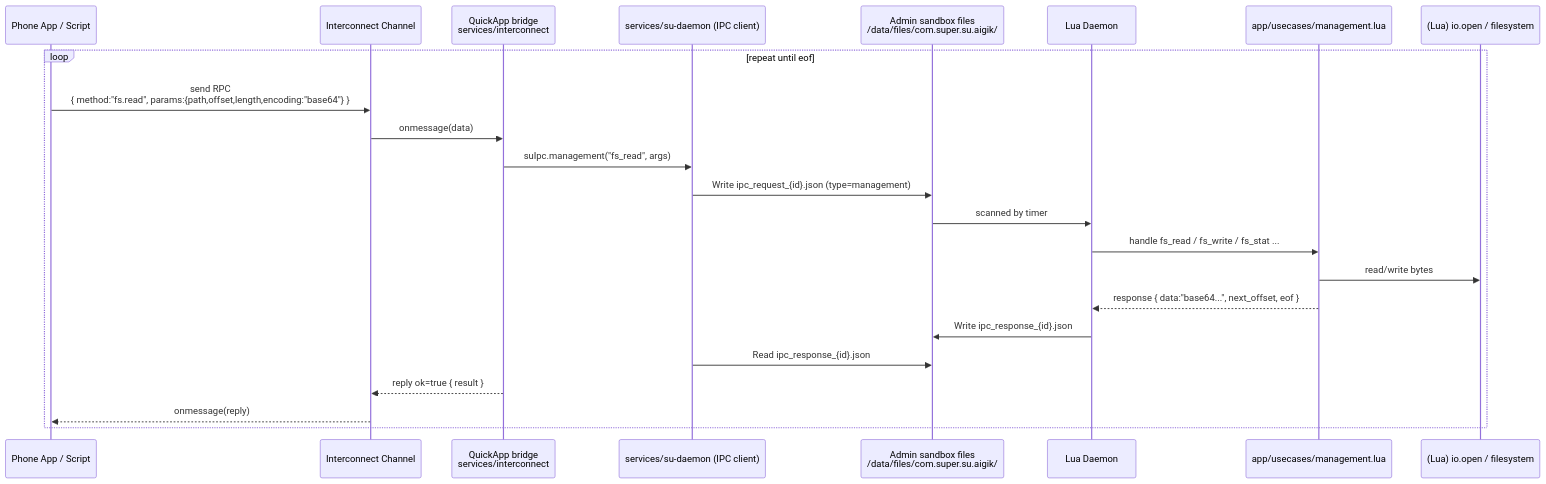
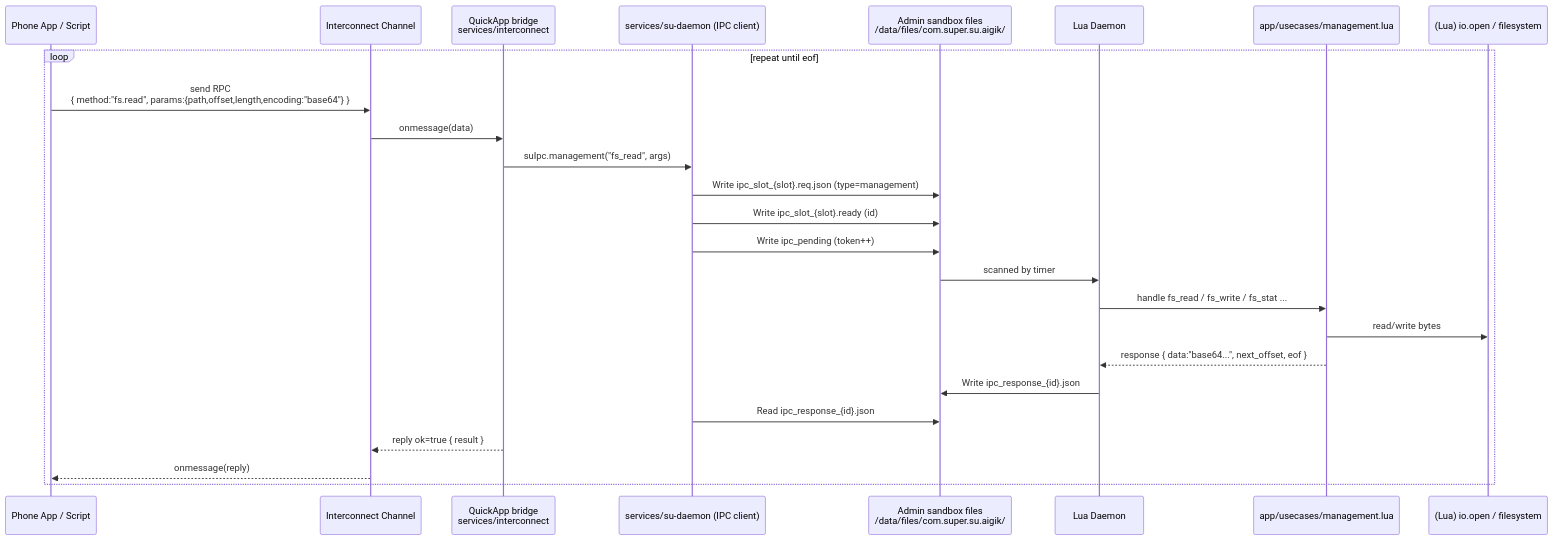
The third of 5 diagrams in README.md (FangAiden/Vela-Shell-Bridge), drawn with Mermaid before and after one commit. The commit also changed other lines of this file and 7 other files, not shown here.

````diff
--- a/README.md
+++ b/README.md
@@ -483,26 +487,28 @@
 ```mermaid
 sequenceDiagram
   participant Phone as Phone App / Script
   participant IC as Interconnect Channel
   participant Bridge as QuickApp bridge<br/>services/interconnect
   participant SU as services/su-daemon (IPC client)
   participant Files as Admin sandbox files<br/>/data/files/com.super.su.aigik/
   participant Lua as Lua Daemon
   participant MgmtUC as app/usecases/management.lua
   participant FS as (Lua) io.open / filesystem
 
   loop repeat until eof
     Phone->>IC: send RPC<br/>{ method:"fs.read", params:{path,offset,length,encoding:"base64"} }
     IC->>Bridge: onmessage(data)
     Bridge->>SU: suIpc.management("fs_read", args)
-    SU->>Files: Write ipc_request_{id}.json (type=management)
+    SU->>Files: Write ipc_slot_{slot}.req.json (type=management)
+    SU->>Files: Write ipc_slot_{slot}.ready (id)
+    SU->>Files: Write ipc_pending (token++)
     Files->>Lua: scanned by timer
     Lua->>MgmtUC: handle fs_read / fs_write / fs_stat ...
     MgmtUC->>FS: read/write bytes
     MgmtUC-->>Lua: response { data:"base64...", next_offset, eof }
     Lua->>Files: Write ipc_response_{id}.json
     SU->>Files: Read ipc_response_{id}.json
     Bridge-->>IC: reply ok=true { result }
     IC-->>Phone: onmessage(reply)
   end
 ```
````
